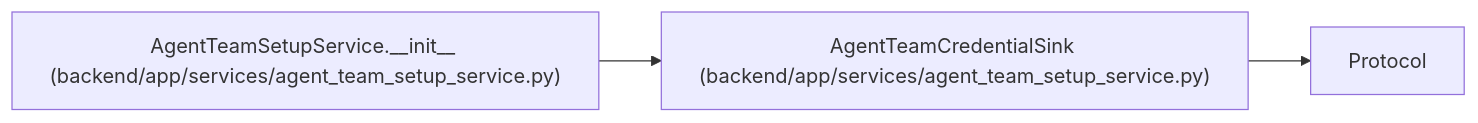
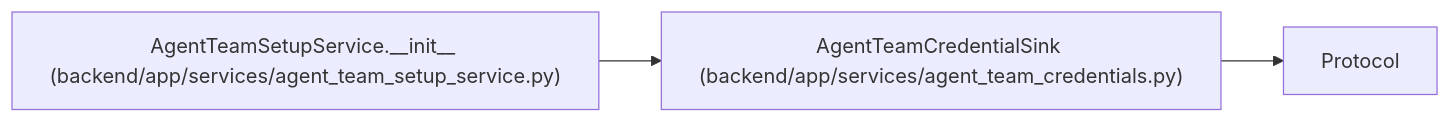
The diagram in docs/llm_wiki/entities/AgentTeamCredentialSink.md (Denissvgn/WorkChord), drawn with Mermaid before and after one commit. The commit also changed other lines of this file and 2509 other files, not shown here.

````diff
--- a/docs/llm_wiki/entities/AgentTeamCredentialSink.md
+++ b/docs/llm_wiki/entities/AgentTeamCredentialSink.md
@@ -28,10 +28,10 @@
 ```mermaid
 flowchart LR
-    n0["AgentTeamCredentialSink (backend/app/services/agent_team_setup_service.py)"]
+    n0["AgentTeamCredentialSink (backend/app/services/agent_team_credentials.py)"]
     n1["Protocol"]
     n2["AgentTeamSetupService.__init__ (backend/app/services/agent_team_setup_service.py)"]
     n0 --> n1
     n2 --> n0
-    click n0 "../modules/agent_team_setup_service.md"
+    click n0 "../modules/agent_team_credentials.md"
     click n2 "../modules/agent_team_setup_service.md"
 ```
````
